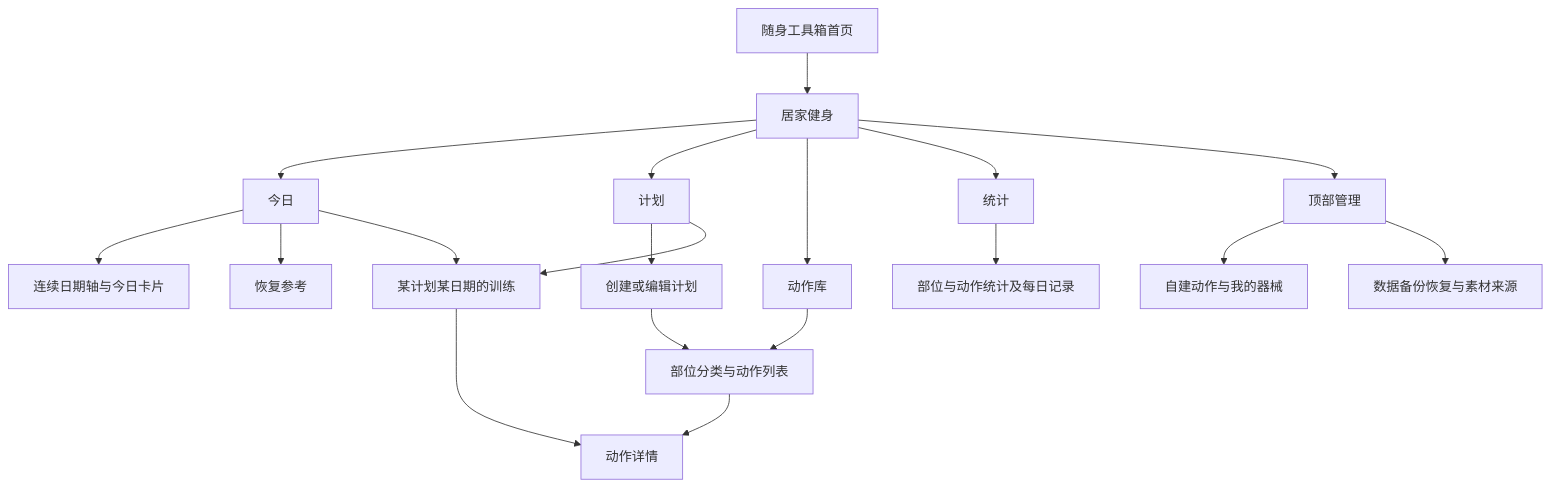
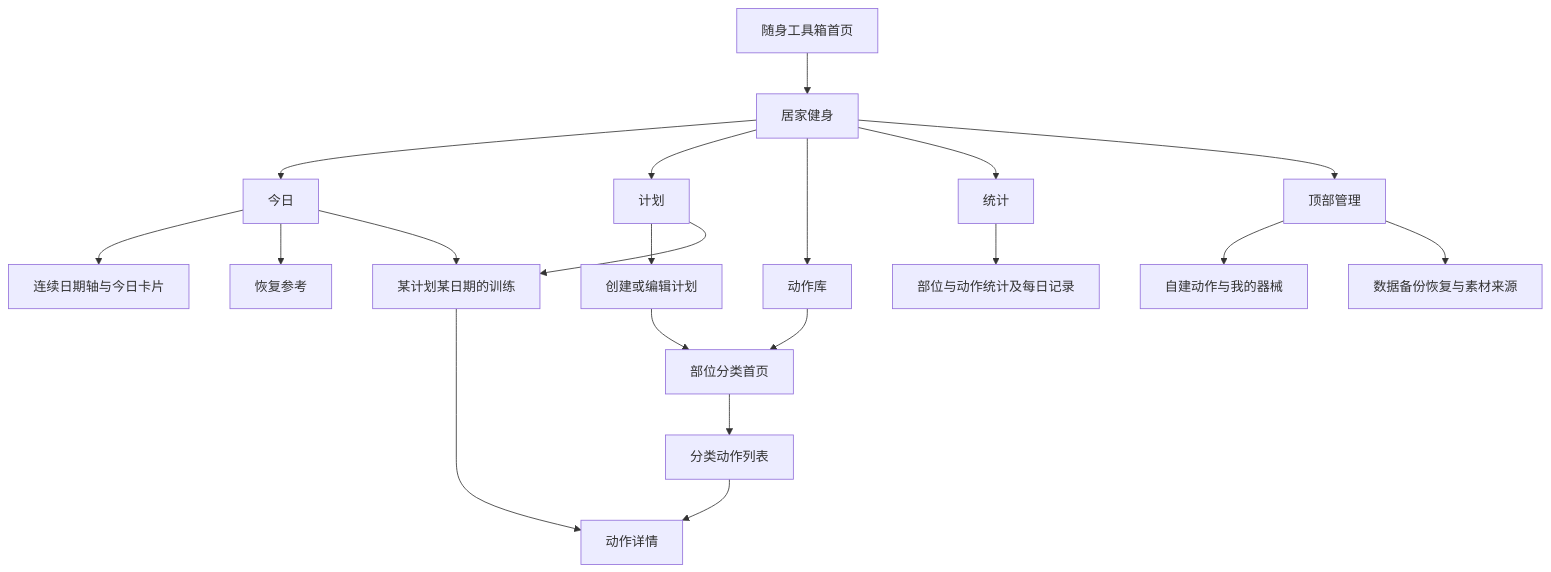
One commit to Shaco-C/multi-tools changed the diagram in docs/居家健身工具/01-产品需求与交互设计.md. Above: the diagram before and after it, drawn with Mermaid. The commit also changed other lines of this file and 79 other files, not shown here.

````diff
--- a/docs/居家健身工具/01-产品需求与交互设计.md
+++ b/docs/居家健身工具/01-产品需求与交互设计.md
@@ -30,21 +30,22 @@
 ```mermaid
 flowchart TD
     A[随身工具箱首页] --> B[居家健身]
     B --> C[今日]
     B --> D[计划]
     B --> E[动作库]
     B --> S[统计]
     B --> F[顶部管理]
     C --> T[连续日期轴与今日卡片]
     C --> R[恢复参考]
     S --> U[部位与动作统计及每日记录]
     C --> G[某计划某日期的训练]
     D --> H[创建或编辑计划]
     D --> G
-    E --> I[部位分类与动作列表]
-    I --> J[动作详情]
+    E --> I[部位分类首页]
+    I --> V[分类动作列表]
+    V --> J[动作详情]
     G --> J
     H --> I
     F --> K[自建动作与我的器械]
     F --> L[数据备份恢复与素材来源]
 ```
````
